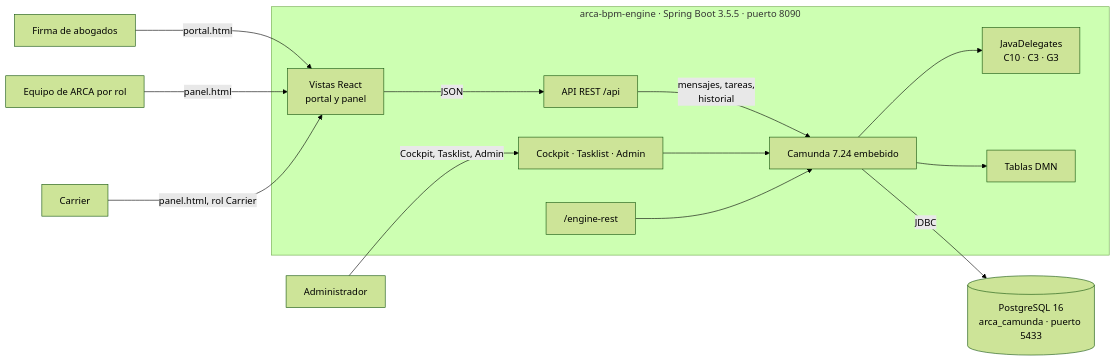
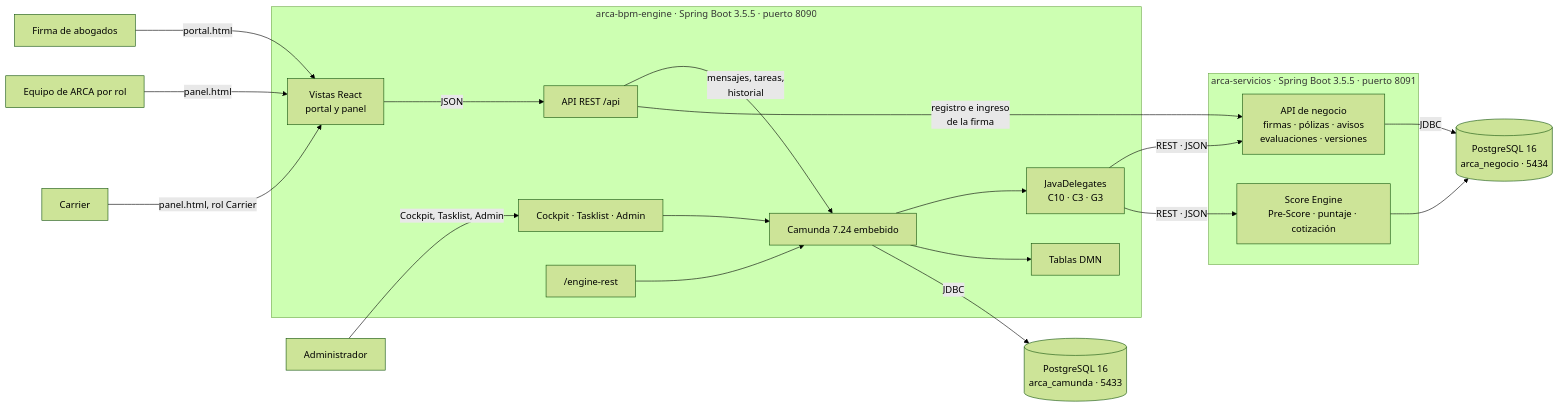
The diagram in README.md (DAMT777/arca-hub), drawn with Mermaid (forest theme) before and after one commit. The commit also changed other lines of this file and 3 other files, not shown here.

Commit message:
arca-servicios, casos de prueba y arquitectura

````diff
--- a/README.md
+++ b/README.md
@@ -42,18 +43,28 @@
 ```mermaid
 flowchart LR
   firma["Firma de abogados"] -->|"portal.html"| vistas
   equipo["Equipo de ARCA por rol"] -->|"panel.html"| vistas
   carrier["Carrier"] -->|"panel.html, rol Carrier"| vistas
   admin["Administrador"] -->|"Cockpit, Tasklist, Admin"| webapps
 
   subgraph engine["arca-bpm-engine · Spring Boot 3.5.5 · puerto 8090"]
     vistas["Vistas React<br/>portal y panel"] -->|"JSON"| api["API REST /api"]
     api -->|"mensajes, tareas,<br/>historial"| motor["Camunda 7.24 embebido"]
     webapps["Cockpit · Tasklist · Admin"] --> motor
     rest["/engine-rest"] --> motor
     motor --> delegates["JavaDelegates<br/>C10 · C3 · G3"]
     motor --> dmn["Tablas DMN"]
   end
 
-  motor -->|"JDBC"| db[("PostgreSQL 16<br/>arca_camunda · puerto 5433")]
+  subgraph servicios["arca-servicios · Spring Boot 3.5.5 · puerto 8091"]
+    negocio["API de negocio<br/>firmas · pólizas · avisos<br/>evaluaciones · versiones"]
+    score["Score Engine<br/>Pre-Score · puntaje · cotización"]
+  end
+
+  delegates -->|"REST · JSON"| negocio
+  delegates -->|"REST · JSON"| score
+  api -->|"registro e ingreso<br/>de la firma"| negocio
+  motor -->|"JDBC"| dbmotor[("PostgreSQL 16<br/>arca_camunda · 5433")]
+  negocio -->|"JDBC"| dbnegocio[("PostgreSQL 16<br/>arca_negocio · 5434")]
+  score --> dbnegocio
 ```
````
